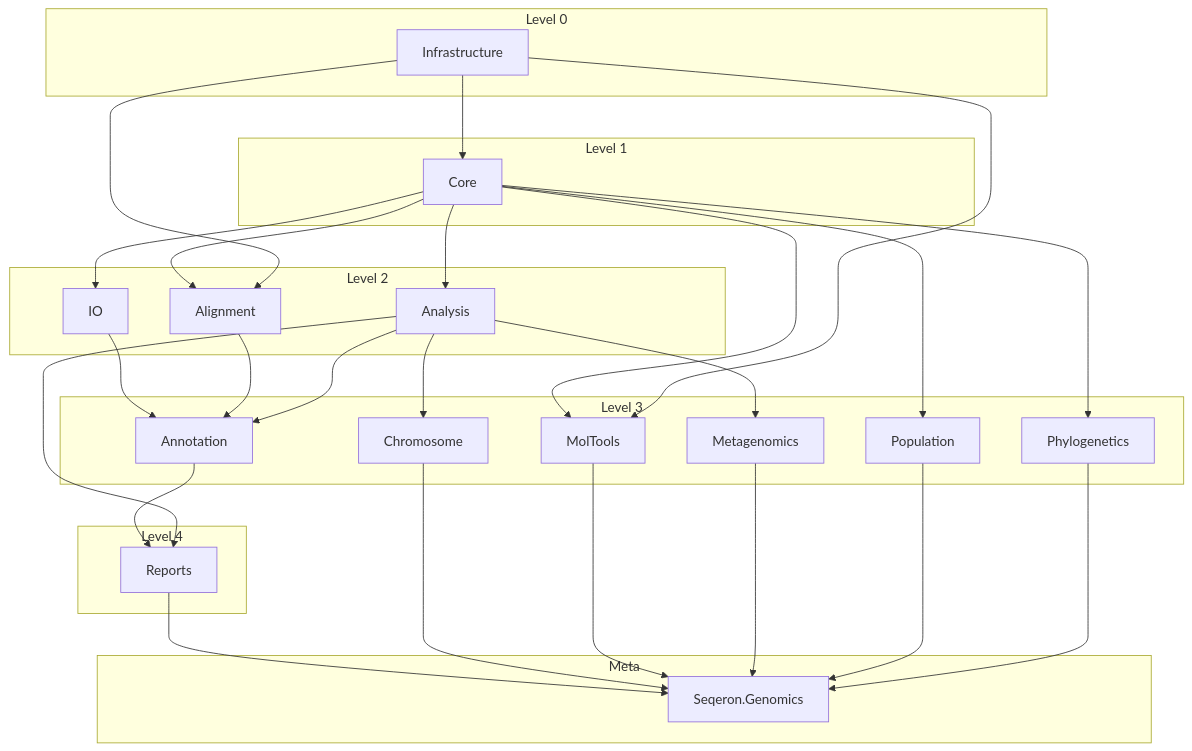
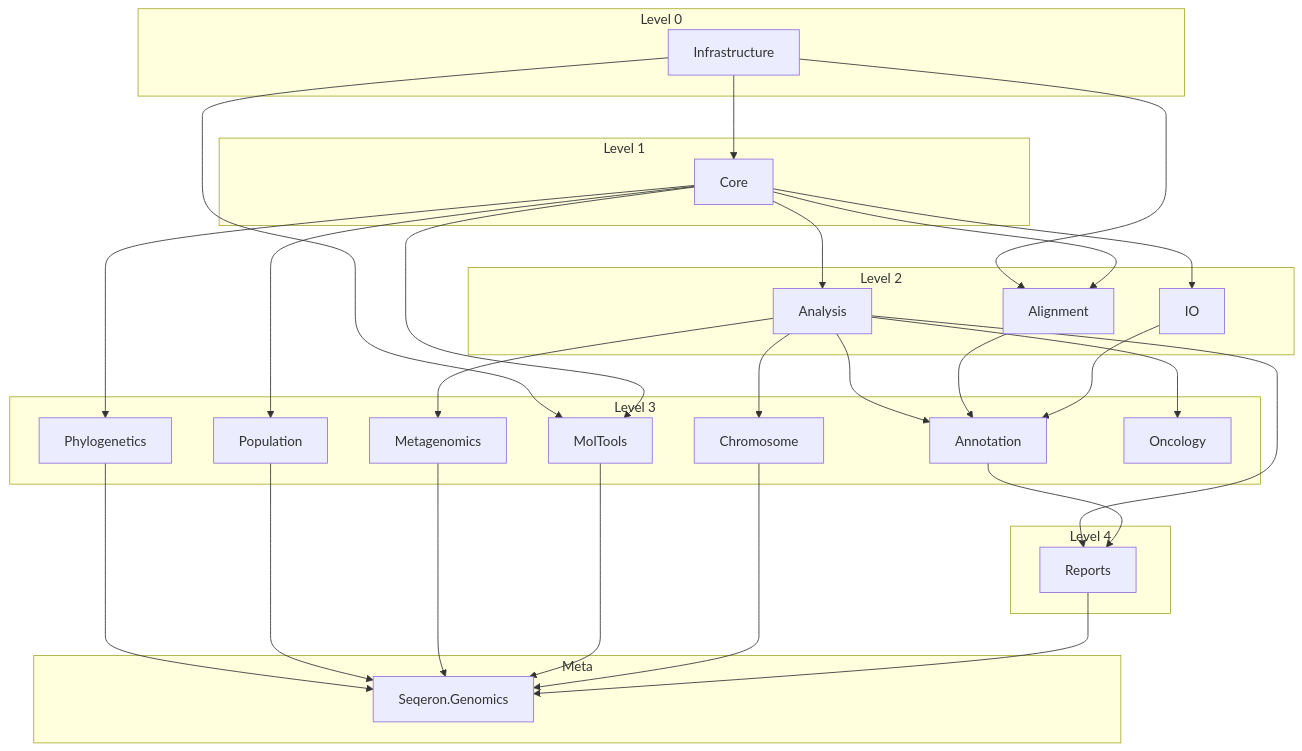
Before and after one commit to AlexanderV/Seqeron: the diagram in README.md, drawn with Mermaid. The commit also changed other lines of this file and 3 other files, not shown here.

````diff
--- a/README.md
+++ b/README.md
@@ -197,59 +206,61 @@
 ```mermaid
 graph TD
     subgraph "Level 0"
         INF[Infrastructure]
     end
     
     subgraph "Level 1"
         CORE[Core]
     end
     
     subgraph "Level 2"
         IO[IO]
         ALN[Alignment]
         ANA[Analysis]
     end
     
     subgraph "Level 3"
         ANN[Annotation]
         PHY[Phylogenetics]
         POP[Population]
         META[Metagenomics]
         MOL[MolTools]
         CHR[Chromosome]
+        ONC[Oncology]
     end
     
     subgraph "Level 4"
         REP[Reports]
     end
     
     subgraph "Meta"
         GEN[Seqeron.Genomics]
     end
 
     INF --> CORE
     CORE --> IO
     CORE --> ALN
     INF --> ALN
     CORE --> ANA
     
     IO --> ANN
     ALN --> ANN
     ANA --> ANN
     CORE --> PHY
     CORE --> POP
     ANA --> META
     CORE --> MOL
     INF --> MOL
     ANA --> CHR
+    ANA --> ONC
     
     ANN --> REP
     ANA --> REP
     
     REP --> GEN
     CHR --> GEN
     MOL --> GEN
     META --> GEN
     POP --> GEN
     PHY --> GEN
 ```
````
